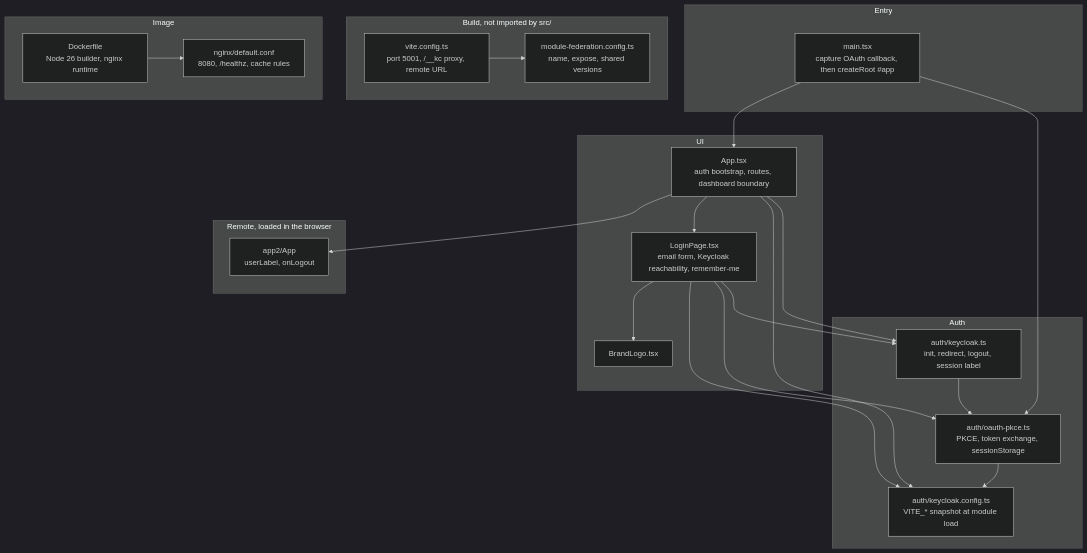
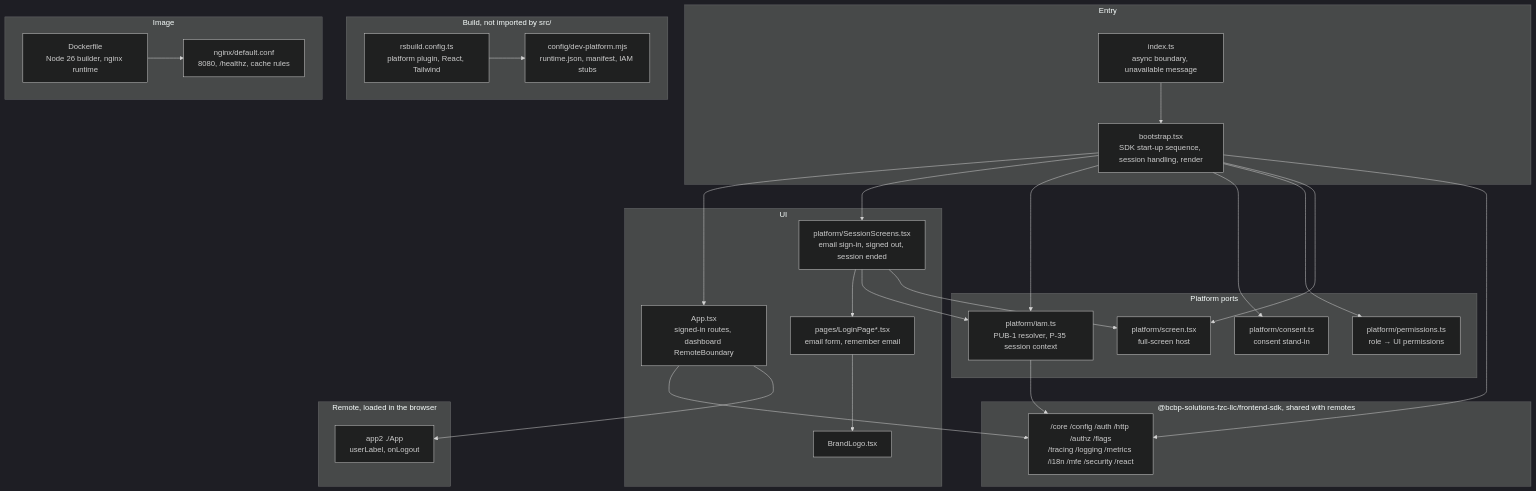
Before and after one commit to BCBP-SOLUTIONS-FZC-LLC/web-shell: the diagram in docs/architecture/mermaid/layer-model.mmd, drawn with Mermaid (dark theme). The commit also changed 112 other files, not shown here.

First line of the commit message:
Move the shell to the platform SDK 1.0.0-alpha.2 on Rsbuild. (#16)

```diff
--- a/docs/architecture/mermaid/layer-model.mmd
+++ b/docs/architecture/mermaid/layer-model.mmd
@@ -1,45 +1,55 @@
 graph TD
     subgraph entry["Entry"]
-        main["main.tsx\ncapture OAuth callback, then createRoot #app"]
+        index["index.ts\nasync boundary, unavailable message"]
+        boot["bootstrap.tsx\nSDK start-up sequence, session handling, render"]
     end
 
     subgraph ui["UI"]
-        app["App.tsx\nauth bootstrap, routes, dashboard boundary"]
-        login["LoginPage.tsx\nemail form, Keycloak reachability, remember-me"]
+        app["App.tsx\nsigned-in routes, dashboard RemoteBoundary"]
+        screens["platform/SessionScreens.tsx\nemail sign-in, signed out, session ended"]
+        login["pages/LoginPage*.tsx\nemail form, remember email"]
         logo["BrandLogo.tsx"]
     end
 
-    subgraph auth["Auth"]
-        facade["auth/keycloak.ts\ninit, redirect, logout, session label"]
-        pkce["auth/oauth-pkce.ts\nPKCE, token exchange, sessionStorage"]
-        config["auth/keycloak.config.ts\nVITE_* snapshot at module load"]
+    subgraph ports["Platform ports"]
+        iam["platform/iam.ts\nPUB-1 resolver, P-35 session context"]
+        consent["platform/consent.ts\nconsent stand-in"]
+        perms["platform/permissions.ts\nrole → UI permissions"]
+        screen["platform/screen.tsx\nfull-screen host"]
+    end
+
+    subgraph sdk["@bcbp-solutions-fzc-llc/frontend-sdk, shared with remotes"]
+        sdkmods["/core /config /auth /http /authz /flags\n/tracing /logging /metrics /i18n /mfe /security /react"]
     end
 
     subgraph remote["Remote, loaded in the browser"]
-        app2["app2/App\nuserLabel, onLogout"]
+        app2["app2 ./App\nuserLabel, onLogout"]
     end
 
     subgraph build["Build, not imported by src/"]
-        vite["vite.config.ts\nport 5001, /__kc proxy, remote URL"]
-        mf["module-federation.config.ts\nname, expose, shared versions"]
+        rsbuild["rsbuild.config.ts\nplatform plugin, React, Tailwind"]
+        devplat["config/dev-platform.mjs\nruntime.json, manifest, IAM stubs"]
     end
 
     subgraph image["Image"]
         nginx["nginx/default.conf\n8080, /healthz, cache rules"]
         docker["Dockerfile\nNode 26 builder, nginx runtime"]
     end
 
-    main --> pkce
-    main --> app
-    app --> facade
-    app --> config
-    app --> login
+    index --> boot
+    boot --> app
+    boot --> screens
+    boot --> iam
+    boot --> consent
+    boot --> perms
+    boot --> screen
+    boot --> sdkmods
+    screens --> login
+    screens --> iam
+    screens --> screen
+    login --> logo
+    app --> sdkmods
     app --> app2
-    login --> facade
-    login --> pkce
-    login --> config
-    login --> logo
-    facade --> pkce
-    pkce --> config
-    vite --> mf
+    iam --> sdkmods
+    rsbuild --> devplat
     docker --> nginx
```
